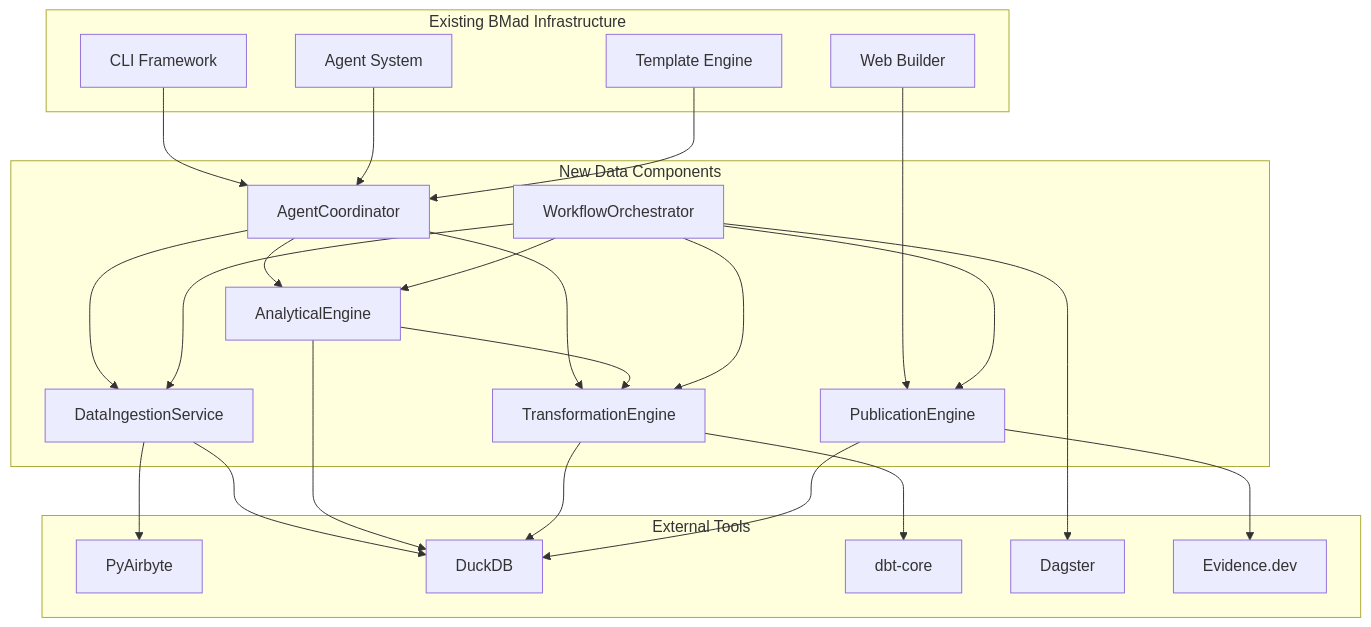
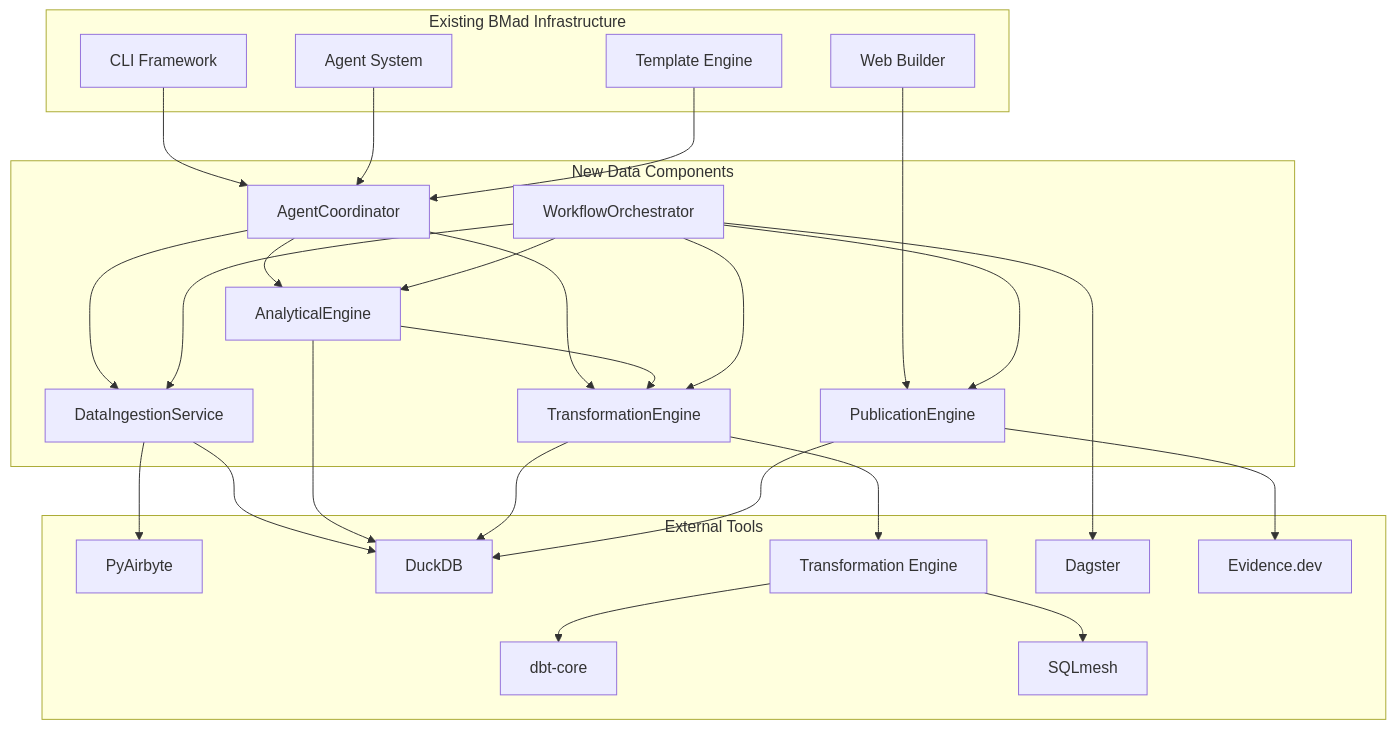
Before and after one commit to ajdoyl2/data-practitioner-agent-system: the diagram in docs/architecture.md, drawn with Mermaid. The commit also changed other lines of this file and 25 other files, not shown here.

First line of the commit message:
feat(data-practitioner): Enable DuckDB analytics and add SQLmesh transformation support (#10)

````diff
--- a/docs/architecture.md
+++ b/docs/architecture.md
@@ -273,49 +276,53 @@
 ```mermaid
 graph TB
     subgraph "Existing BMad Infrastructure"
         CLI[CLI Framework]
         Agent[Agent System]
         Template[Template Engine]
         WebBuilder[Web Builder]
     end
     
     subgraph "New Data Components"
         AC[AgentCoordinator]
         DIS[DataIngestionService]
         AE[AnalyticalEngine]  
         TE[TransformationEngine]
         WO[WorkflowOrchestrator]
         PE[PublicationEngine]
     end
     
     subgraph "External Tools"
         PyAB[PyAirbyte]
         Duck[DuckDB]
+        TRANSFORM[Transformation Engine]
         DBT[dbt-core]
+        SQLM[SQLmesh]
         Dag[Dagster]
         Evid[Evidence.dev]
     end
     
     CLI --> AC
     Agent --> AC
     Template --> AC
     WebBuilder --> PE
     
     AC --> DIS
     AC --> AE
     AC --> TE
     
     DIS --> PyAB
     DIS --> Duck
     AE --> Duck
     AE --> TE
-    TE --> DBT
+    TE --> TRANSFORM
+    TRANSFORM --> DBT
+    TRANSFORM --> SQLM
     TE --> Duck
     WO --> Dag
     WO --> DIS
     WO --> AE
     WO --> TE
     WO --> PE
     PE --> Evid
     PE --> Duck
 ```
````
